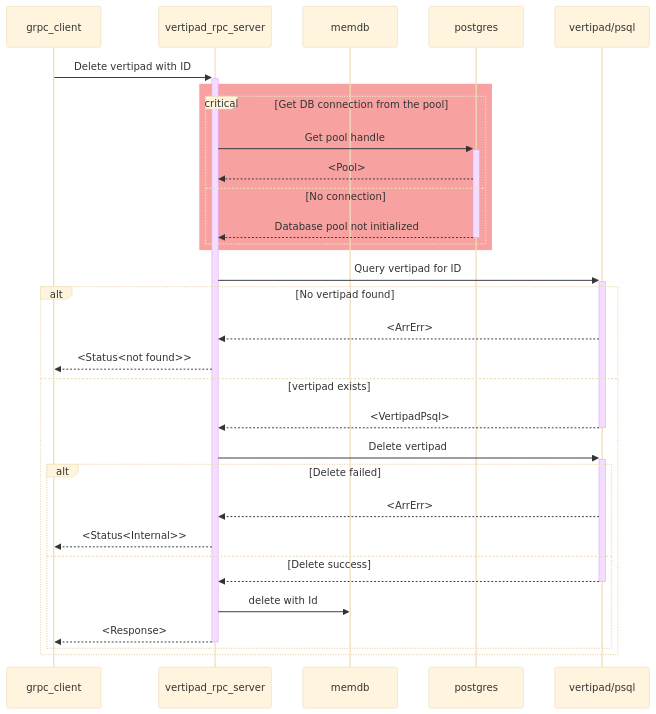
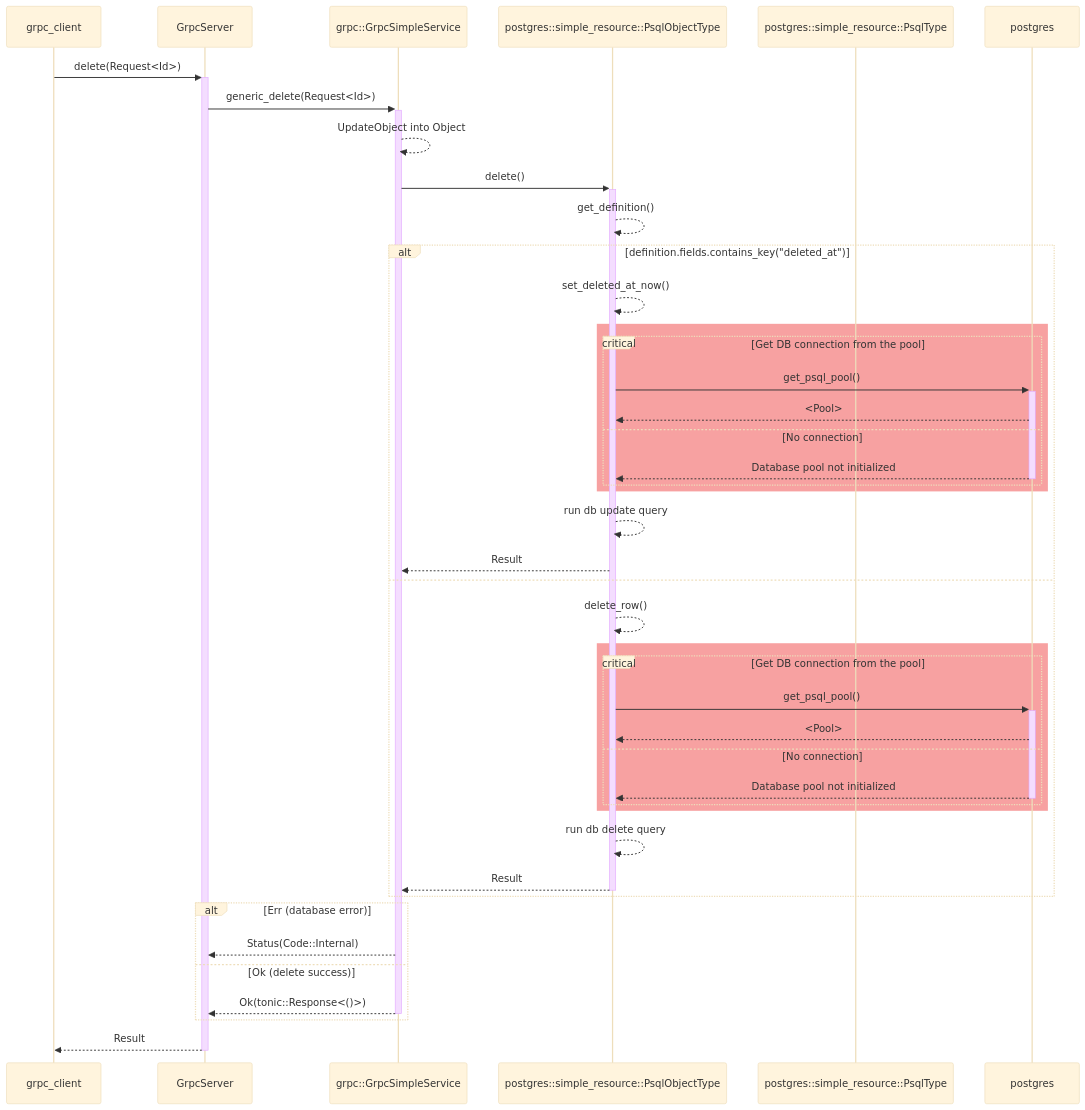
The seventh of 13 diagrams in docs/sdd.md (aetheric-oss/svc-storage), drawn with Mermaid (base theme) before and after one commit. The commit also changed other lines of this file and 2 other files, not shown here.

````diff
--- a/docs/sdd.md
+++ b/docs/sdd.md
@@ -312,33 +321,45 @@
 ```mermaid
 sequenceDiagram
     participant client as grpc_client
-    participant grpc as vertipad_rpc_server
-    participant memdb as memdb
+    participant grpc_server as GrpcServer
+    participant grpc_service as grpc::GrpcSimpleService
+    participant psql_simple_object as postgres::simple_resource::PsqlObjectType
+    participant psql_simple as postgres::simple_resource::PsqlType
     participant psql as postgres
-    participant psql_vp as vertipad/psql
-    client->>+grpc: Delete vertipad with ID
-    rect rgb(247, 161, 161)
-        critical Get DB connection from the pool
-            grpc->>+psql: Get pool handle
-            psql-->>grpc: <Pool>
-        option No connection
-            psql-->>-grpc: Database pool not initialized
+    client->>+grpc_server: delete(Request<Id>)
+    grpc_server->>+grpc_service: generic_delete(Request<Id>)
+    grpc_service-->>grpc_service: UpdateObject into Object
+    grpc_service->>+psql_simple_object: delete()
+    psql_simple_object-->>psql_simple_object: get_definition()
+    alt definition.fields.contains_key("deleted_at") 
+        psql_simple_object-->>psql_simple_object: set_deleted_at_now()
+        rect rgb(247, 161, 161)
+            critical Get DB connection from the pool
+                psql_simple_object->>+psql: get_psql_pool()
+                psql-->>psql_simple_object: <Pool>
+            option No connection
+                psql-->>-psql_simple_object: Database pool not initialized
+            end
         end
+        psql_simple_object-->>psql_simple_object: run db update query
+        psql_simple_object-->>grpc_service: Result
+    else
+		psql_simple_object-->>psql_simple_object: delete_row()
+		rect rgb(247, 161, 161)
+            critical Get DB connection from the pool
+                psql_simple_object->>+psql: get_psql_pool()
+                psql-->>psql_simple_object: <Pool>
+            option No connection
+                psql-->>-psql_simple_object: Database pool not initialized
+            end
+        end
+        psql_simple_object-->>psql_simple_object: run db delete query
+        psql_simple_object-->>-grpc_service: Result
+	end
+    alt Err (database error)
+        grpc_service-->>grpc_server: Status(Code::Internal)
+    else Ok (delete success)
+        grpc_service-->>-grpc_server: Ok(tonic::Response<()>)
     end
-    grpc->>+psql_vp: Query vertipad for ID
-    alt No vertipad found
-        psql_vp-->>grpc: <ArrErr>
-        grpc-->>client: <Status<not found>>
-    else vertipad exists
-        psql_vp-->>-grpc: <VertipadPsql>
-        grpc->>+psql_vp: Delete vertipad
-        alt Delete failed
-            psql_vp-->>grpc: <ArrErr>
-            grpc-->>client: <Status<Internal>>
-        else Delete success
-            psql_vp-->>-grpc: 
-            grpc->>memdb: delete with Id
-            grpc-->>-client: <Response>
-        end
-    end
+    grpc_server-->>-client: Result
 ```
````
